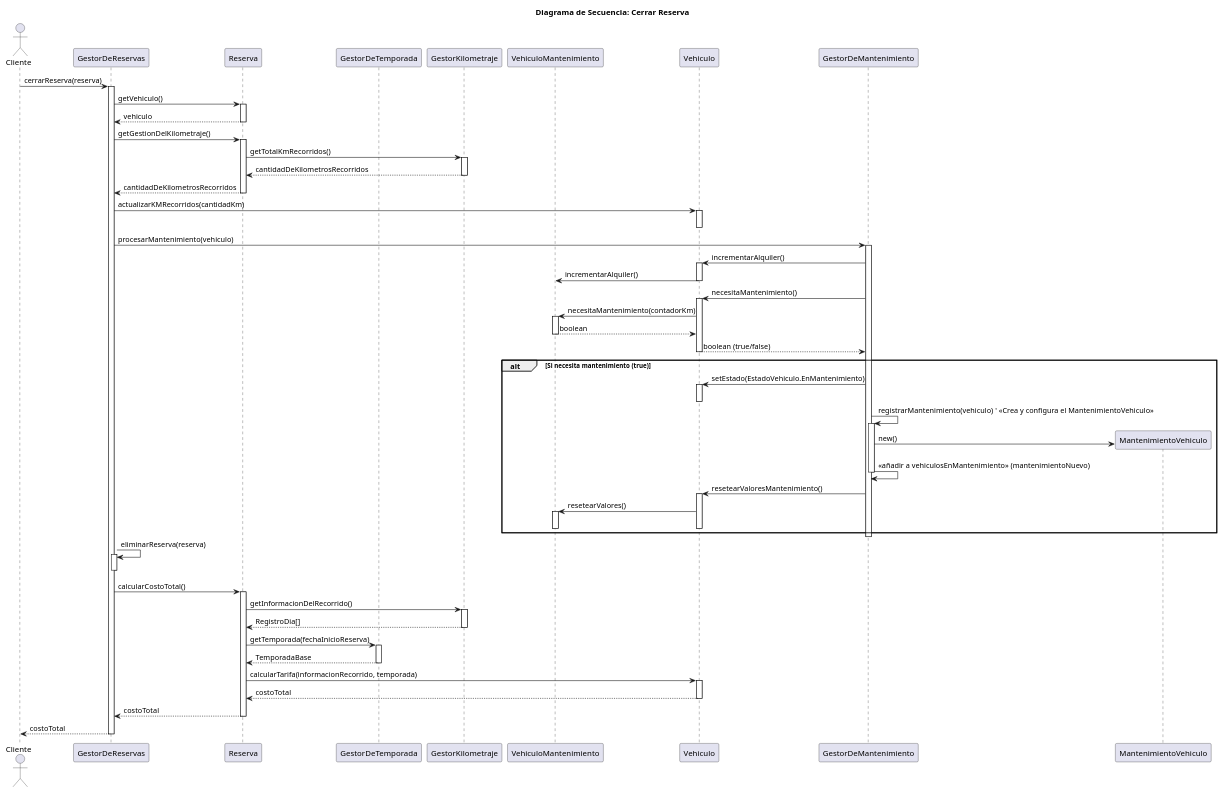
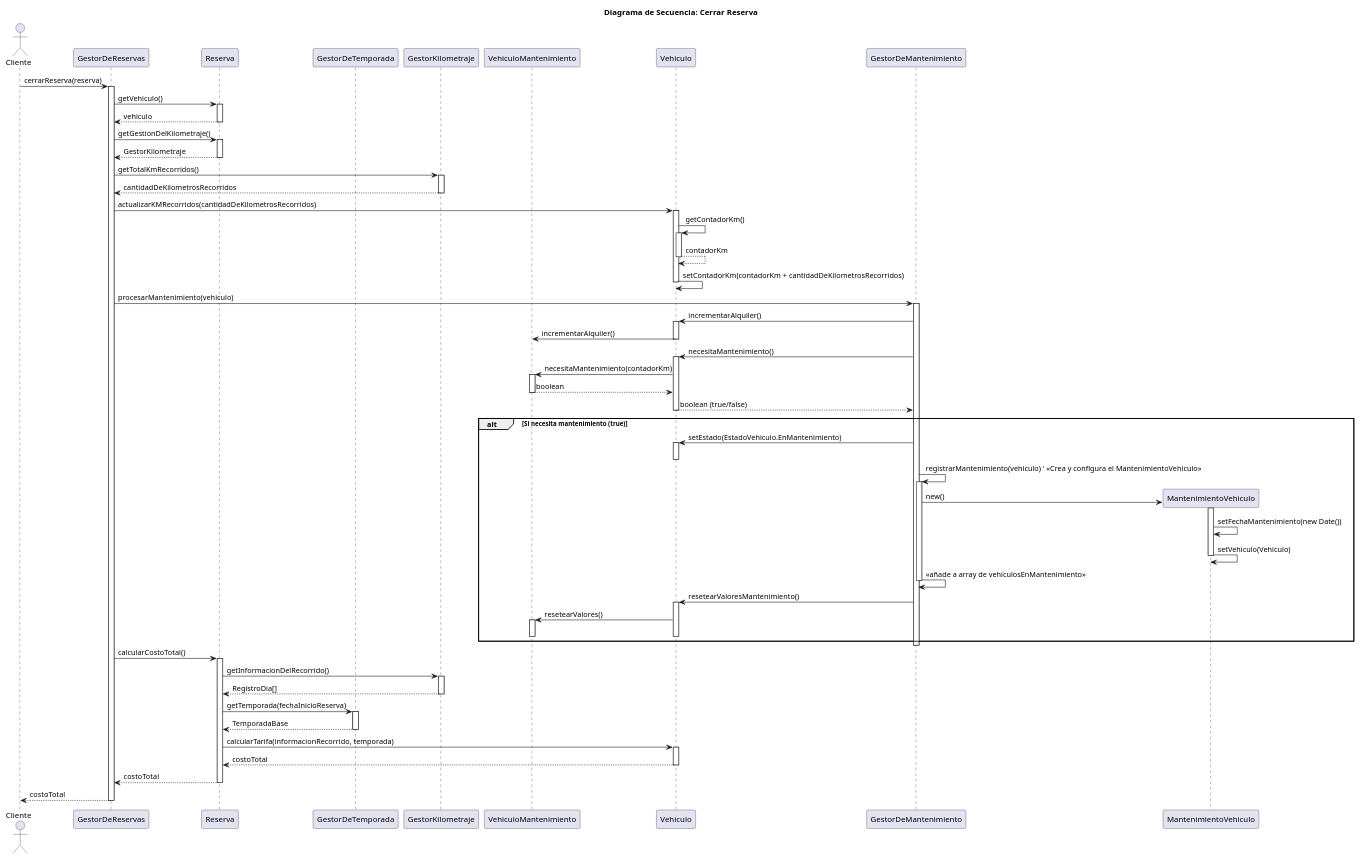
The diagram in src/AlquilerDeAutos/diagrama/secuenciaCerrarReserva.puml (AndresCastro-hub/Tp-Alquiler-de-autos), drawn with PlantUML before and after one commit. The commit also changed 3 other files, not shown here.

Commit message:
actualizado Diagrama de clases y de secuencia

```diff
--- a/src/AlquilerDeAutos/diagrama/secuenciaCerrarReserva.puml
+++ b/src/AlquilerDeAutos/diagrama/secuenciaCerrarReserva.puml
@@ -1,103 +1,108 @@
 @startuml Cerrar Reserva
 title Diagrama de Secuencia: Cerrar Reserva
 
 actor Cliente as user
 participant "GestorDeReservas" as gR
 participant "Reserva" as res
 participant "GestorDeTemporada" as gT
 participant "GestorKilometraje" as gK
 participant "VehiculoMantenimiento" as vMant
 participant "Vehiculo" as veh
 participant "GestorDeMantenimiento" as gM
 participant "MantenimientoVehiculo" as mant
 
 user -> gR : cerrarReserva(reserva)
 
 activate gR
     gR -> res : getVehiculo()
     activate res
         res --> gR : vehiculo
     deactivate res
 
     gR -> res : getGestionDelKilometraje()
     activate res
-        res -> gK : getTotalKmRecorridos()
-        activate gK
-            gK --> res : cantidadDeKilometrosRecorridos
-        deactivate gK
-        res --> gR : cantidadDeKilometrosRecorridos
+        res --> gR : GestorKilometraje
     deactivate res
 
+    gR -> gK : getTotalKmRecorridos()
+    activate gK
+        gK --> gR : cantidadDeKilometrosRecorridos
+    deactivate gK
+
     ' Actualizar KM y Mantenimiento
-    gR -> veh : actualizarKMRecorridos(cantidadKm)
+    gR -> veh : actualizarKMRecorridos(cantidadDeKilometrosRecorridos)
     activate veh
+        veh -> veh : getContadorKm()
+        activate veh
+            veh --> veh : contadorKm
+        deactivate veh
+        veh -> veh : setContadorKm(contadorKm + cantidadDeKilometrosRecorridos)
     deactivate veh
 
     gR -> gM : procesarMantenimiento(vehiculo)
     activate gM
         gM -> veh : incrementarAlquiler()
         activate veh
             veh -> vMant: incrementarAlquiler()
         deactivate veh
 
         gM -> veh : necesitaMantenimiento()
         activate veh
             veh -> vMant : necesitaMantenimiento(contadorKm)
             activate vMant
                 vMant --> veh : boolean
             deactivate vMant
             veh --> gM : boolean (true/false)
         deactivate veh
 
         alt Si necesita mantenimiento (true)
             gM -> veh : setEstado(EstadoVehiculo.EnMantenimiento)
             activate veh
             deactivate veh
-
+            
             gM -> gM : registrarMantenimiento(vehiculo) ' <<Crea y configura el MantenimientoVehiculo>>
             activate gM
                 create mant
                 gM -> mant **: new()
-                gM -> gM : <<añadir a vehiculosEnMantenimiento>> (mantenimientoNuevo)
+                activate mant
+                    mant -> mant : setFechaMantenimiento(new Date())
+                    mant -> mant : setVehiculo(Vehiculo)
+                deactivate mant
+                gM -> gM : <<añade a array de vehiculosEnMantenimiento>>
             deactivate gM
 
             gM -> veh : resetearValoresMantenimiento()
             activate veh
                 veh -> vMant: resetearValores()
                 activate vMant
                 deactivate vMant
             deactivate veh
         end
 
     deactivate gM
-
-    ' Eliminar Reserva
-    gR -> gR : eliminarReserva(reserva)
-    activate gR
-    deactivate gR
 
     ' Calcular Costo Total
     gR -> res : calcularCostoTotal()
     activate res
         res -> gK : getInformacionDelRecorrido()
         activate gK
             gK --> res : RegistroDia[]
         deactivate gK
 
         res -> gT : getTemporada(fechaInicioReserva)
         activate gT
             gT --> res : TemporadaBase
         deactivate gT
 
         res -> veh : calcularTarifa(informacionRecorrido, temporada)
         activate veh
             veh --> res : costoTotal
         deactivate veh
 
         res --> gR : costoTotal
     deactivate res
 
     gR --> user : costoTotal
 deactivate gR
 
 @enduml
```
